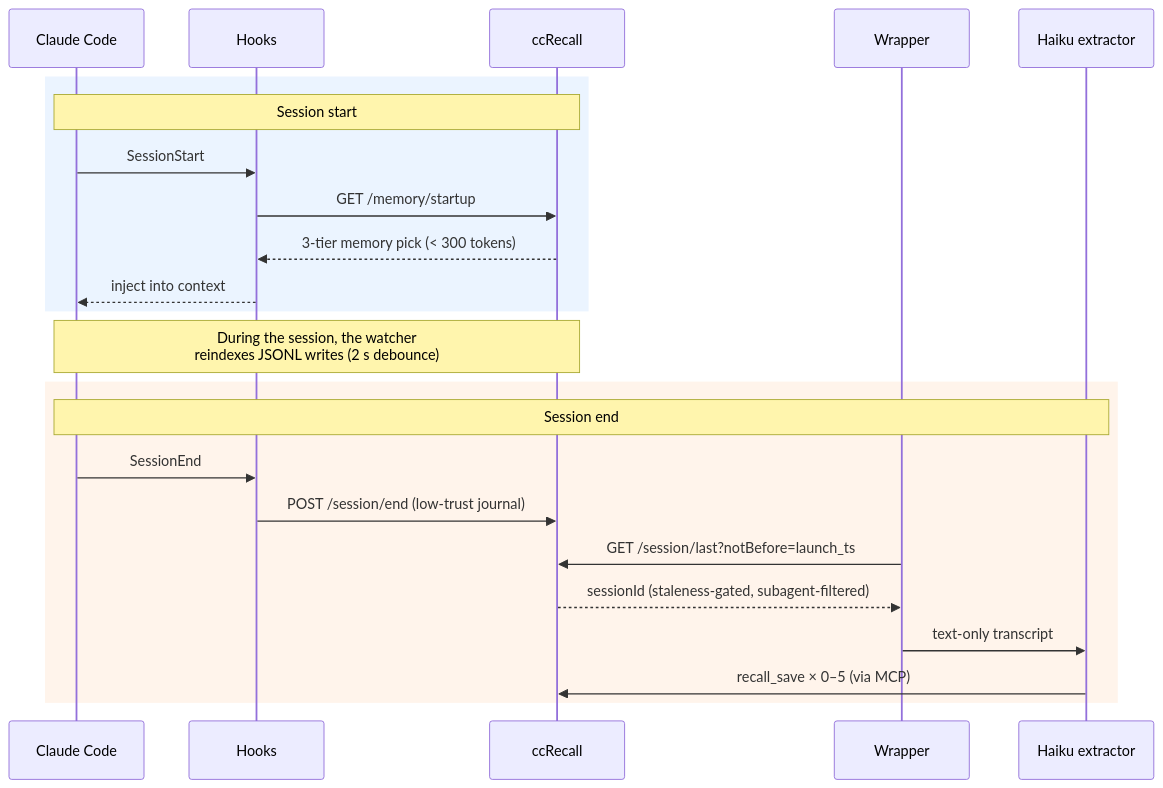
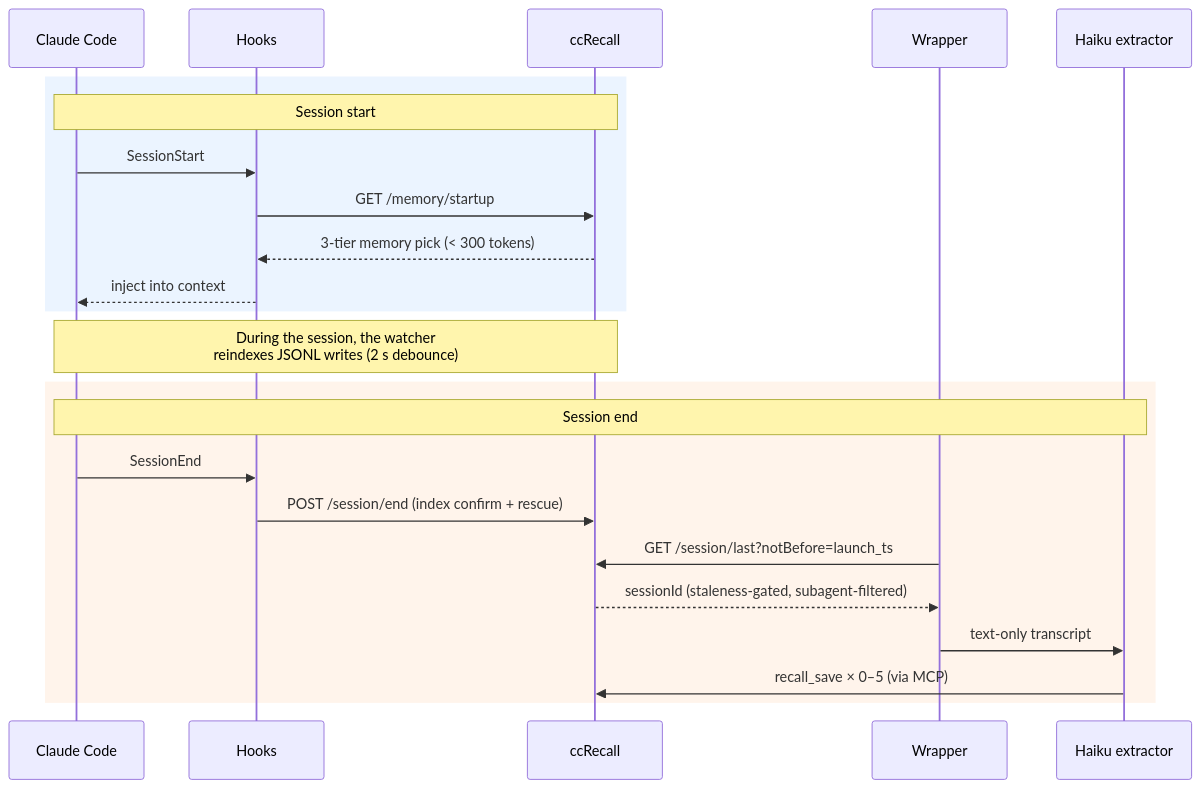
Before and after one commit to tznthou/ccRecall: the second of 2 diagrams in README.md, drawn with Mermaid. The commit also changed other lines of this file and 34 other files, not shown here.

````diff
--- a/README.md
+++ b/README.md
@@ -87,28 +86,28 @@
 ```mermaid
 sequenceDiagram
     participant CC as Claude Code
     participant H as Hooks
     participant R as ccRecall
     participant W as Wrapper
     participant X as Haiku extractor
 
     rect rgb(235, 244, 255)
     Note over CC,R: Session start
     CC->>H: SessionStart
     H->>R: GET /memory/startup
     R-->>H: 3-tier memory pick (< 300 tokens)
     H-->>CC: inject into context
     end
 
     Note over CC,R: During the session, the watcher<br/>reindexes JSONL writes (2 s debounce)
 
     rect rgb(255, 244, 235)
     Note over CC,X: Session end
     CC->>H: SessionEnd
-    H->>R: POST /session/end (low-trust journal)
+    H->>R: POST /session/end (index confirm + rescue)
     W->>R: GET /session/last?notBefore=launch_ts
     R-->>W: sessionId (staleness-gated, subagent-filtered)
     W->>X: text-only transcript
     X->>R: recall_save × 0–5 (via MCP)
     end
 ```
````
